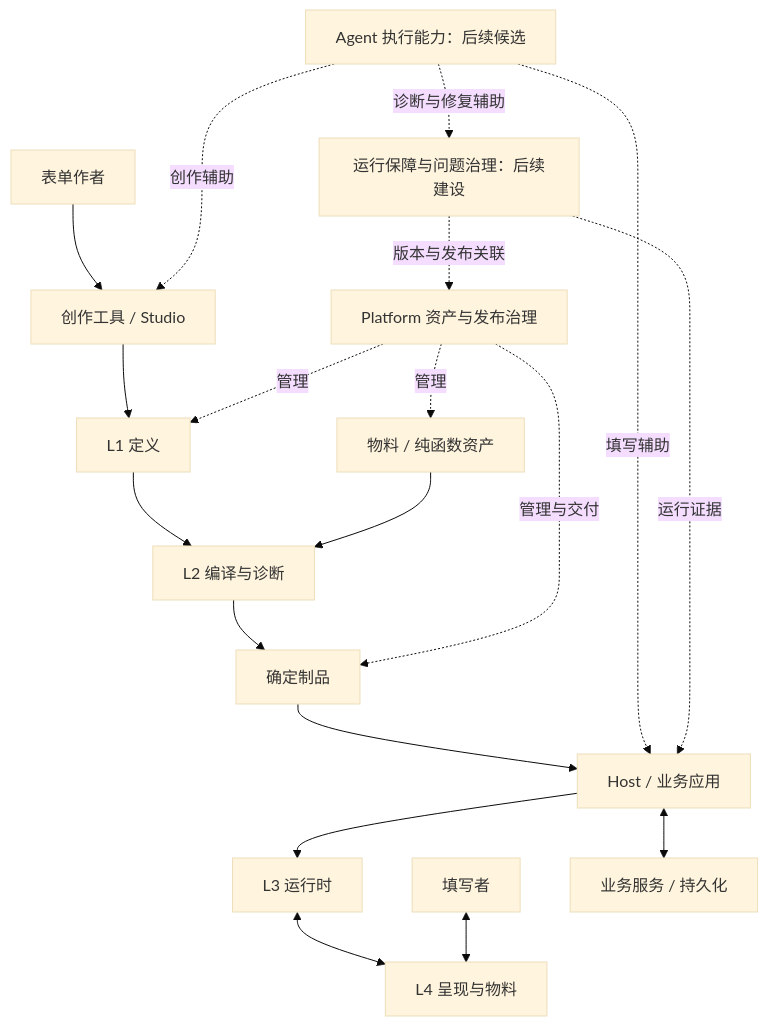
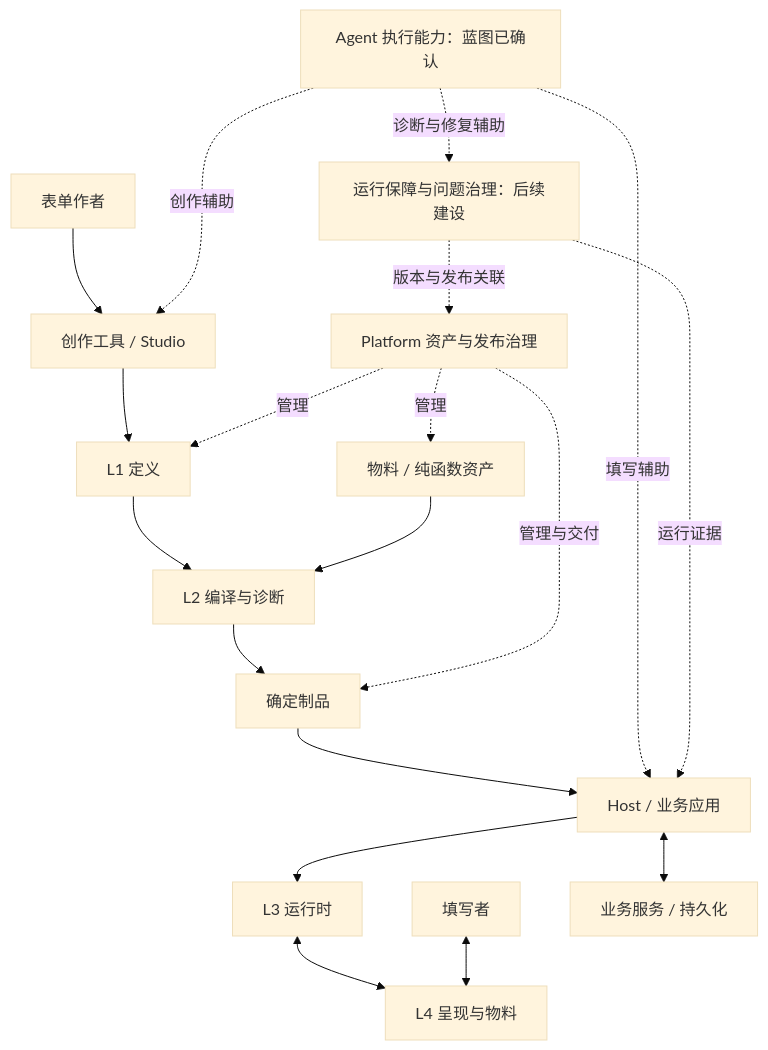
One commit to linshuohao/app-studio changed the first of 2 diagrams in docs/design/architecture.md. Above: the diagram before and after it, drawn with Mermaid (base theme). The commit also changed other lines of this file and 1253 other files, not shown here.

````diff
--- a/docs/design/architecture.md
+++ b/docs/design/architecture.md
@@ -75,21 +78,21 @@
 ```mermaid
 flowchart TB
     Author[表单作者] --> Studio[创作工具 / Studio]
     Studio --> Definition[L1 定义]
     Definition --> Compiler[L2 编译与诊断]
     Capability[物料 / 纯函数资产] --> Compiler
     Compiler --> Artifact[确定制品]
     Platform[Platform 资产与发布治理] -. 管理 .-> Definition
     Platform -. 管理 .-> Capability
     Platform -. 管理与交付 .-> Artifact
     Artifact --> Host[Host / 业务应用]
     Host --> Runtime[L3 运行时]
     Runtime <--> Renderer[L4 呈现与物料]
     User[填写者] <--> Renderer
     Host <--> Business[业务服务 / 持久化]
-    Agent[Agent 执行能力：后续候选] -. 创作辅助 .-> Studio
+    Agent[Agent 执行能力：蓝图已确认] -. 创作辅助 .-> Studio
     Agent -. 填写辅助 .-> Host
     Operations[运行保障与问题治理：后续建设] -. 运行证据 .-> Host
     Operations -. 版本与发布关联 .-> Platform
     Agent -. 诊断与修复辅助 .-> Operations
 ```
````
